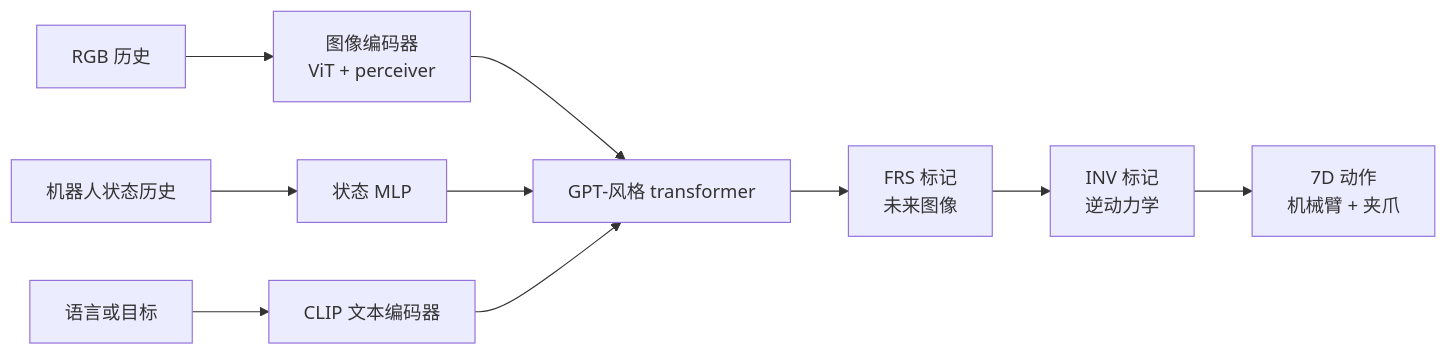
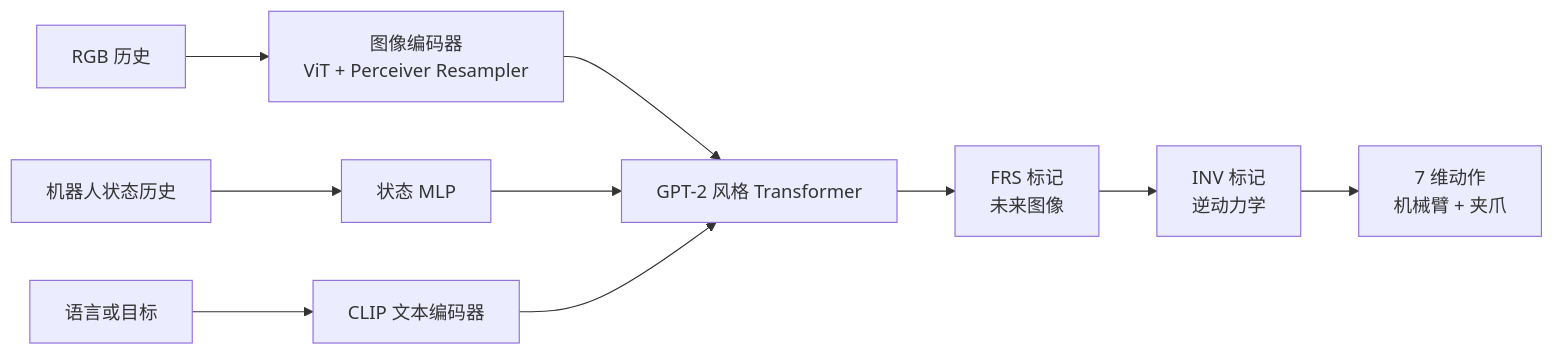
The diagram in wiki/sources/predictive-inverse-dynamics-models-are-scalable-learners-for-robotic-manipulation.md (niuverse/llm-wiki), drawn with Mermaid before and after one commit. The commit also changed other lines of this file and 222 other files, not shown here.

````diff
--- a/wiki/sources/predictive-inverse-dynamics-models-are-scalable-learners-for-robotic-manipulation.md
+++ b/wiki/sources/predictive-inverse-dynamics-models-are-scalable-learners-for-robotic-manipulation.md
@@ -55,12 +48,12 @@
 ```mermaid
 flowchart LR
-  O["RGB 历史"] --> E["图像编码器<br/>ViT + perceiver"]
+  O["RGB 历史"] --> E["图像编码器<br/>ViT + Perceiver Resampler"]
   S["机器人状态历史"] --> M["状态 MLP"]
   L["语言或目标"] --> T["CLIP 文本编码器"]
-  E --> B["GPT-风格 transformer"]
+  E --> B["GPT-2 风格 Transformer"]
   M --> B
   T --> B
   B --> F["FRS 标记<br/>未来图像"]
   F --> I["INV 标记<br/>逆动力学"]
-  I --> A["7D 动作<br/>机械臂 + 夹爪"]
+  I --> A["7 维动作<br/>机械臂 + 夹爪"]
 ```
````
